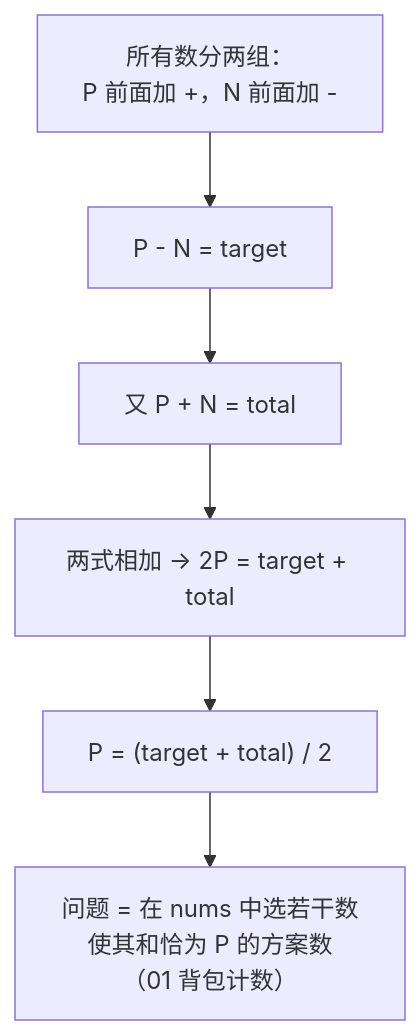
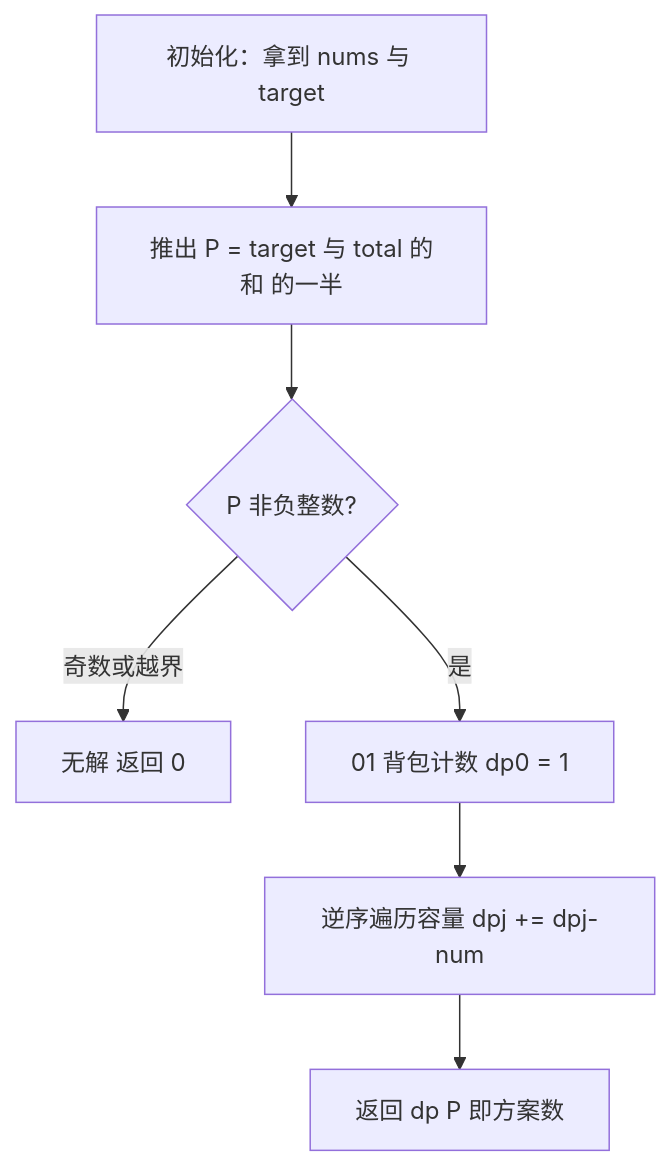
One commit to OctalZero/hot100-py changed the first of 2 diagrams in 19-大厂加餐/腾讯加餐/0494-目标和.md. Above: the diagram before and after it, drawn with Mermaid. The commit also changed other lines of this file and 117 other files, not shown here.

First line of the commit message:
feat: 全题解配图升级为「动画式 mermaid」（总览骨架 + 横向时间线逐步推演）

````diff
--- a/19-大厂加餐/腾讯加餐/0494-目标和.md
+++ b/19-大厂加餐/腾讯加餐/0494-目标和.md
@@ -29,8 +29,9 @@
 ```mermaid
 flowchart TD
-    A["所有数分两组：<br/>P 前面加 +，N 前面加 -"] --> B["P - N = target"]
-    B --> C["又 P + N = total"]
-    C --> D["两式相加 → 2P = target + total"]
-    D --> E["P = (target + total) / 2"]
-    E --> F["问题 = 在 nums 中选若干数<br/>使其和恰为 P 的方案数（01 背包计数）"]
+    A["初始化：拿到 nums 与 target"] --> B["推出 P = target 与 total 的和 的一半"]
+    B --> C{"P 非负整数?"}
+    C -->|"奇数或越界"| D["无解 返回 0"]
+    C -->|"是"| E["01 背包计数 dp0 = 1"]
+    E --> F["逆序遍历容量 dpj += dpj-num"]
+    F --> G["返回 dp P 即方案数"]
 ```
````
